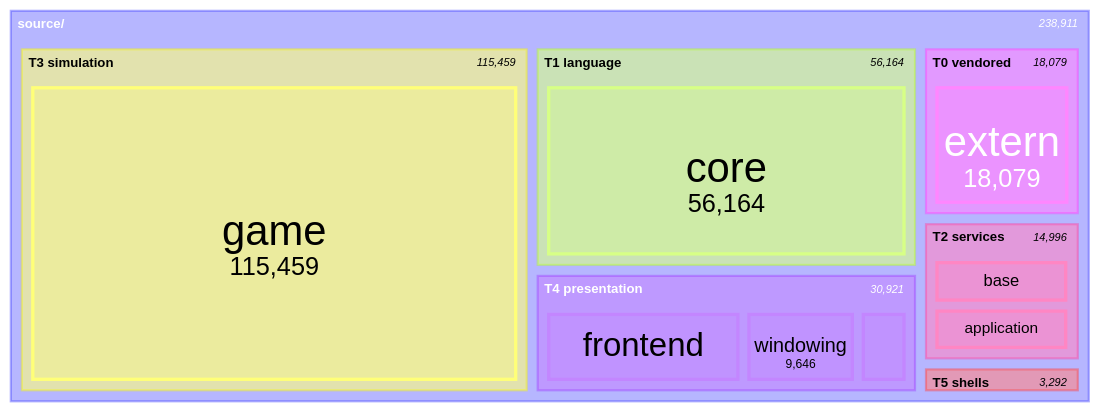
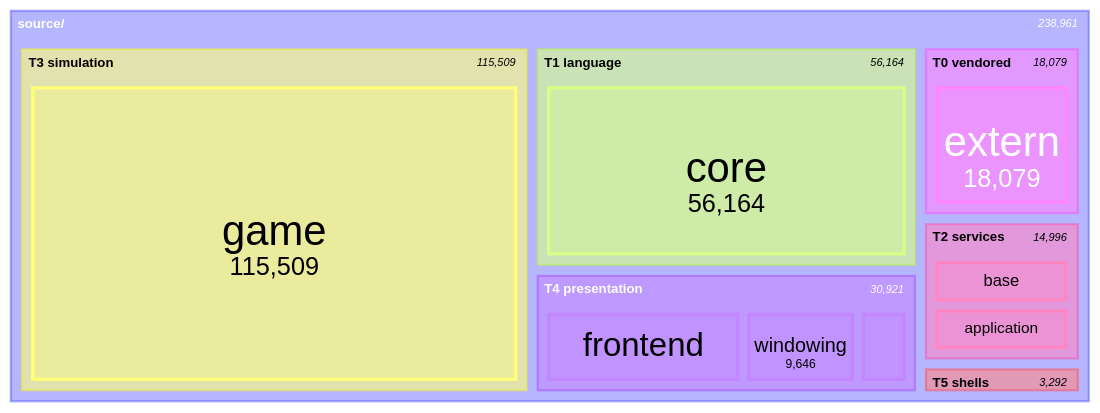
Before and after one commit to apnex/OpenStarbound: the seventh of 11 diagrams in docs/architecture/system-boundaries.md, drawn with Mermaid. The commit also changed other lines of this file and 2 other files, not shown here.

````diff
--- a/docs/architecture/system-boundaries.md
+++ b/docs/architecture/system-boundaries.md
@@ -577,21 +577,21 @@
 ```mermaid
 treemap-beta
 "source/"
     "T0 vendored"
         "extern": 18079
     "T1 language"
         "core": 56164
     "T2 services"
         "base": 7464
         "application": 7390
         "platform": 142
     "T3 simulation"
-        "game": 115459
+        "game": 115509
     "T4 presentation"
         "frontend": 16861
         "windowing": 9646
         "rendering": 4414
     "T5 shells"
         "client": 2509
         "server": 783
 ```
````
